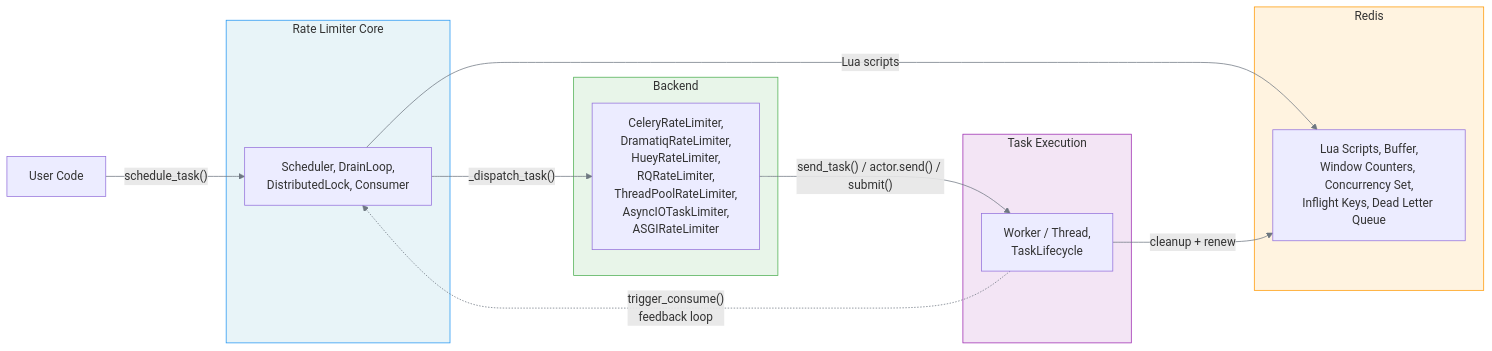
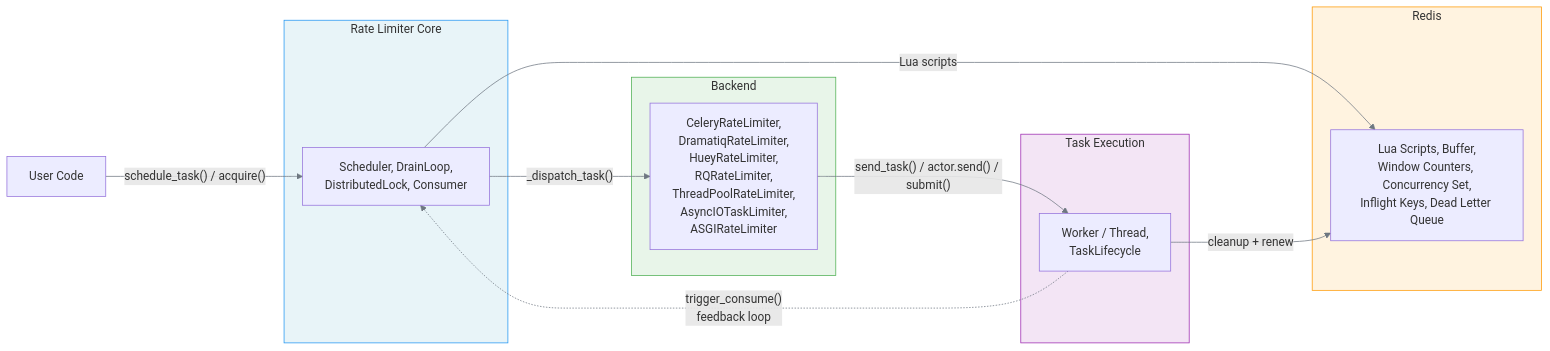
One commit to melroy999/redis-rate-limiter changed the first of 5 diagrams in docs/architecture/components.md. Above: the diagram before and after it, drawn with Mermaid. The commit also changed other lines of this file and 17 other files, not shown here.

````diff
--- a/docs/architecture/components.md
+++ b/docs/architecture/components.md
@@ -13,33 +13,33 @@
 ```mermaid
 %%{init: {"theme": "default", "themeVariables": {"lineColor": "#6e7781"}}}%%
 graph LR
     User["User Code"]
 
     subgraph Limiter ["Rate Limiter Core"]
         LimiterBlock["Scheduler, DrainLoop,<br>DistributedLock, Consumer"]
     end
 
     subgraph RedisLayer ["Redis"]
         RedisBlock["Lua Scripts, Buffer,<br>Window Counters, Concurrency Set,<br>Inflight Keys, Dead Letter Queue"]
     end
 
     subgraph Backends ["Backend"]
         BackendBlock["CeleryRateLimiter,<br>DramatiqRateLimiter,<br>HueyRateLimiter,<br>RQRateLimiter,<br>ThreadPoolRateLimiter,<br>AsyncIOTaskLimiter,<br>ASGIRateLimiter"]
     end
 
     subgraph Execution ["Task Execution"]
         ExecBlock["Worker / Thread,<br>TaskLifecycle"]
     end
 
-    User -->|"schedule_task()"| LimiterBlock
+    User -->|"schedule_task() / acquire()"| LimiterBlock
     LimiterBlock -->|"Lua scripts"| RedisBlock
     LimiterBlock -->|"_dispatch_task()"| BackendBlock
     BackendBlock -->|"send_task() / actor.send() / submit()"| ExecBlock
     ExecBlock -->|"cleanup + renew"| RedisBlock
     ExecBlock -.->|"trigger_consume()<br>feedback loop"| LimiterBlock
 
     style Limiter fill:#e8f4f8,stroke:#2196F3
     style RedisLayer fill:#fff3e0,stroke:#FF9800
     style Backends fill:#e8f5e9,stroke:#4CAF50
     style Execution fill:#f3e5f5,stroke:#9C27B0
 ```
````
